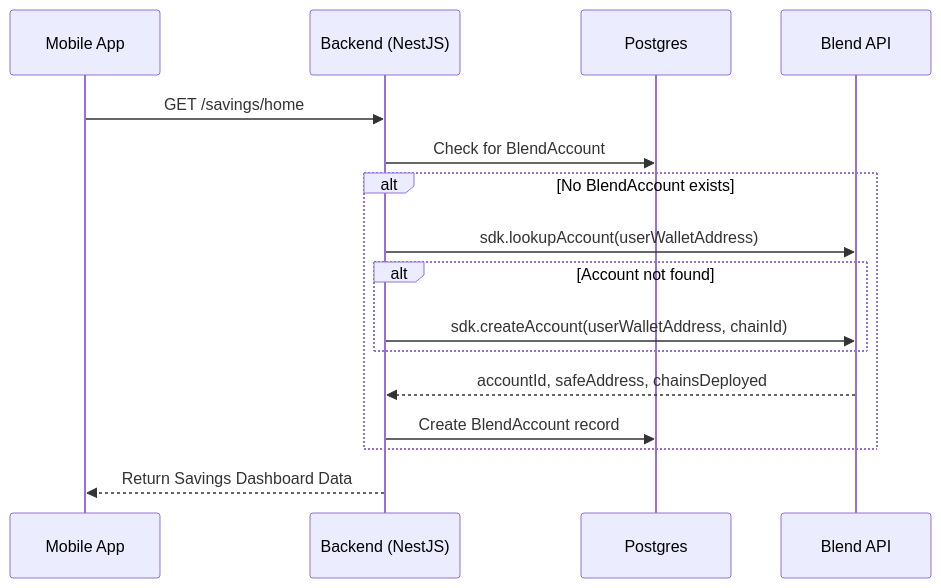
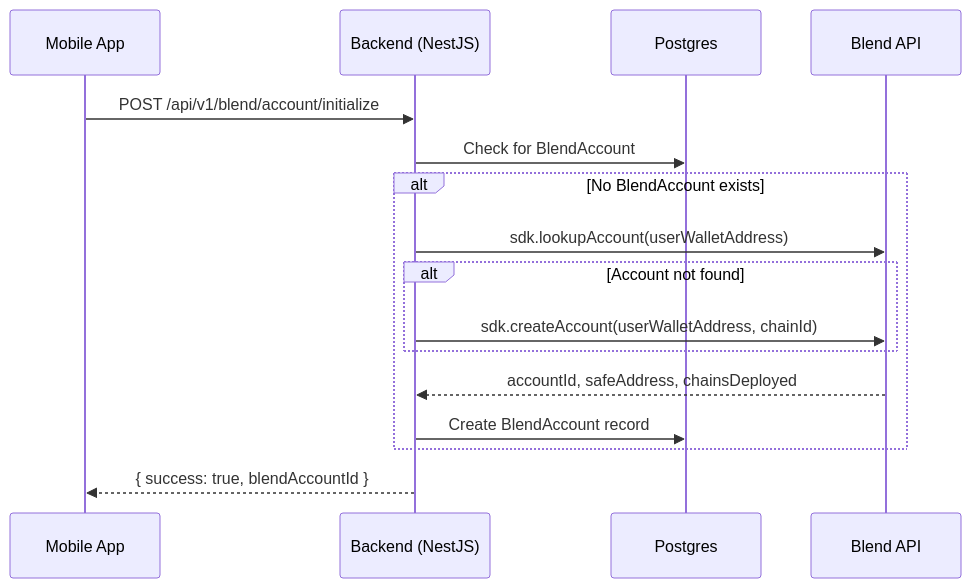
One commit to riteshkhamitkar/earn-yield-docs changed the first of 2 diagrams in docs/blend-integration-architecture.md. Above: the diagram before and after it, drawn with Mermaid. The commit also changed other lines of this file, not shown here.

````diff
--- a/docs/blend-integration-architecture.md
+++ b/docs/blend-integration-architecture.md
@@ -81,19 +81,19 @@
 ```mermaid
 sequenceDiagram
     participant Mobile as Mobile App
     participant BE as Backend (NestJS)
     participant DB as Postgres
     participant Blend as Blend API
 
-    Mobile->>BE: GET /savings/home
+    Mobile->>BE: POST /api/v1/blend/account/initialize
     BE->>DB: Check for BlendAccount
     alt No BlendAccount exists
         BE->>Blend: sdk.lookupAccount(userWalletAddress)
         alt Account not found
             BE->>Blend: sdk.createAccount(userWalletAddress, chainId)
         end
         Blend-->>BE: accountId, safeAddress, chainsDeployed
         BE->>DB: Create BlendAccount record
     end
-    BE-->>Mobile: Return Savings Dashboard Data
+    BE-->>Mobile: { success: true, blendAccountId }
 ```
````
